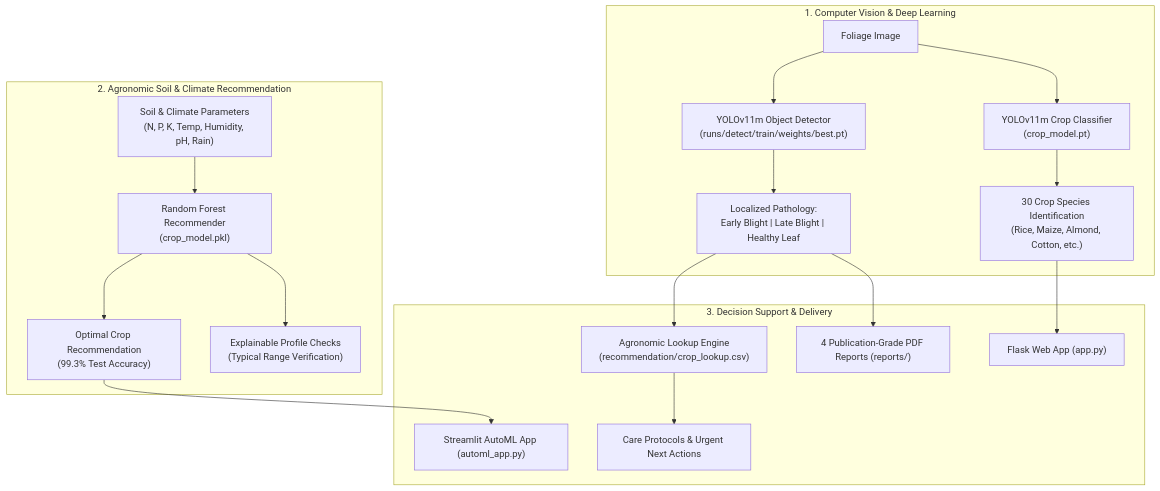
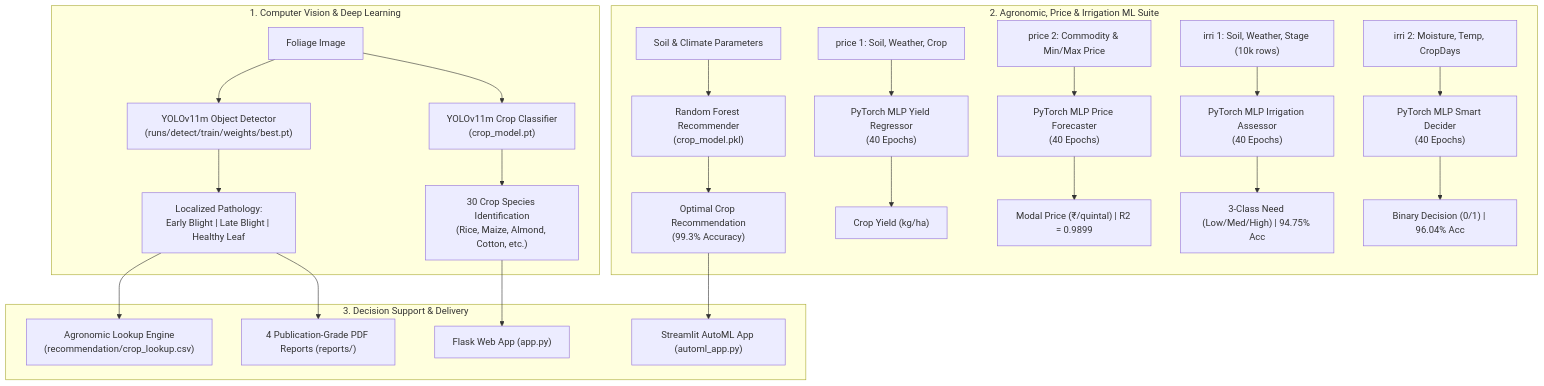
One commit to shettyprateek045-glitch/CommunityProject changed the diagram in README.md. Above: the diagram before and after it, drawn with Mermaid. The commit also changed other lines of this file and 28 other files, not shown here.

Commit message:
Add 40-epoch PyTorch models for price 1, price 2, irri 1, irri 2 with comprehensive test evaluations and updated verification suite

````diff
--- a/README.md
+++ b/README.md
@@ -22,23 +24,33 @@
 ```mermaid
 flowchart TD
     subgraph VisionPipeline["1. Computer Vision & Deep Learning"]
         A["Foliage Image"] --> B["YOLOv11m Object Detector\n(runs/detect/train/weights/best.pt)"]
         B --> C["Localized Pathology:\nEarly Blight | Late Blight | Healthy Leaf"]
         A --> D["YOLOv11m Crop Classifier\n(crop_model.pt)"]
         D --> E["30 Crop Species Identification\n(Rice, Maize, Almond, Cotton, etc.)"]
     end
 
-    subgraph TabularML["2. Agronomic Soil & Climate Recommendation"]
-        F["Soil & Climate Parameters\n(N, P, K, Temp, Humidity, pH, Rain)"] --> G["Random Forest Recommender\n(crop_model.pkl)"]
-        G --> H["Optimal Crop Recommendation\n(99.3% Test Accuracy)"]
-        G --> I["Explainable Profile Checks\n(Typical Range Verification)"]
+    subgraph TabularAndDeepML["2. Agronomic, Price & Irrigation ML Suite"]
+        F["Soil & Climate Parameters"] --> G["Random Forest Recommender\n(crop_model.pkl)"]
+        G --> H["Optimal Crop Recommendation\n(99.3% Accuracy)"]
+        
+        I["price 1: Soil, Weather, Crop"] --> J["PyTorch MLP Yield Regressor\n(40 Epochs)"]
+        J --> K["Crop Yield (kg/ha)"]
+
+        L["price 2: Commodity & Min/Max Price"] --> M["PyTorch MLP Price Forecaster\n(40 Epochs)"]
+        M --> N["Modal Price (₹/quintal) | R2 = 0.9899"]
+
+        O["irri 1: Soil, Weather, Stage (10k rows)"] --> P["PyTorch MLP Irrigation Assessor\n(40 Epochs)"]
+        P --> Q["3-Class Need (Low/Med/High) | 94.75% Acc"]
+
+        R["irri 2: Moisture, Temp, CropDays"] --> S["PyTorch MLP Smart Decider\n(40 Epochs)"]
+        S --> T["Binary Decision (0/1) | 96.04% Acc"]
     end
 
-    subgraph DecisionEngine["3. Decision Support & Delivery"]
-        C --> J["Agronomic Lookup Engine\n(recommendation/crop_lookup.csv)"]
-        J --> K["Care Protocols & Urgent Next Actions"]
-        E --> L["Flask Web App (app.py)"]
-        H --> M["Streamlit AutoML App (automl_app.py)"]
-        C --> N["4 Publication-Grade PDF Reports (reports/)"]
+    subgraph Delivery["3. Decision Support & Delivery"]
+        C --> U["Agronomic Lookup Engine\n(recommendation/crop_lookup.csv)"]
+        E --> V["Flask Web App (app.py)"]
+        H --> W["Streamlit AutoML App (automl_app.py)"]
+        C --> X["4 Publication-Grade PDF Reports (reports/)"]
     end
 ```
````
